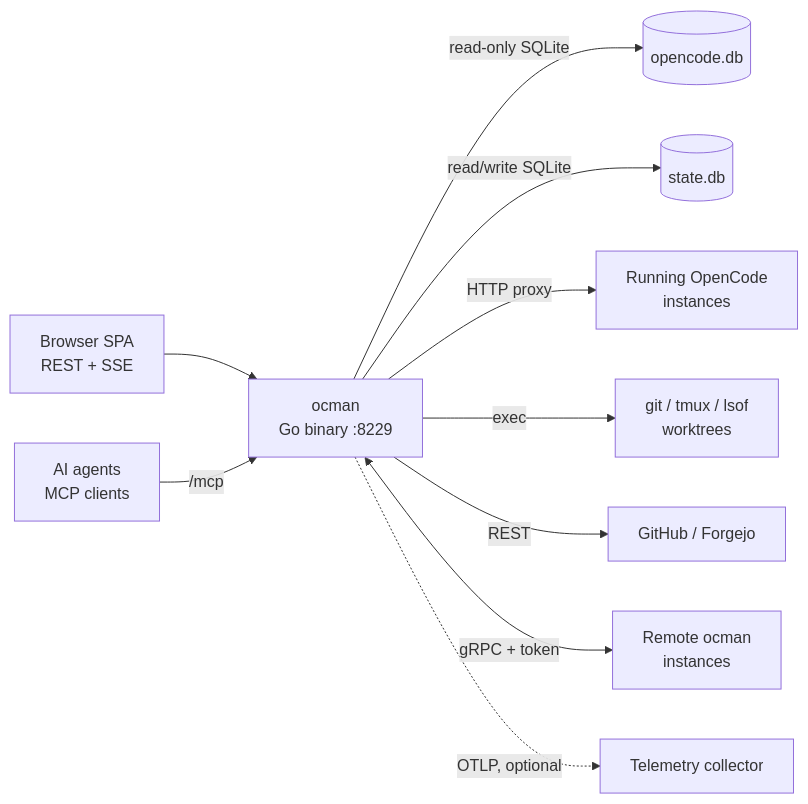
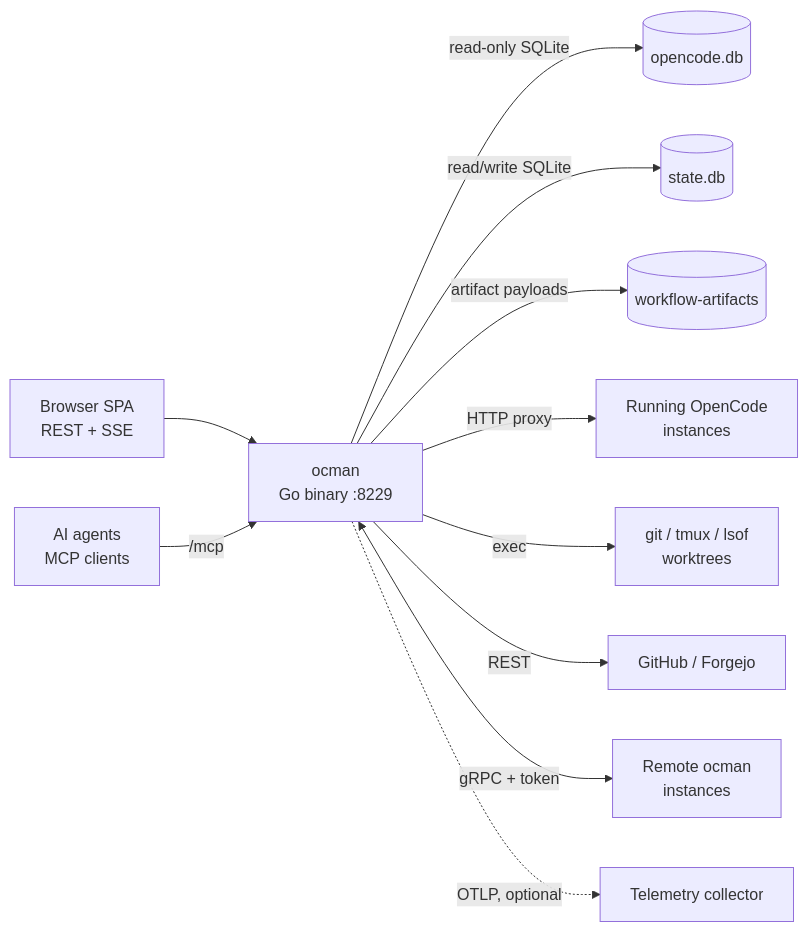
One commit to ocman/ocman changed the first of 4 diagrams in docs/architecture.md. Above: the diagram before and after it, drawn with Mermaid. The commit also changed other lines of this file and 10 other files, not shown here.

````diff
--- a/docs/architecture.md
+++ b/docs/architecture.md
@@ -15,12 +15,13 @@
 ```mermaid
 flowchart LR
     Browser[Browser SPA<br/>REST + SSE] --> Ocman[ocman<br/>Go binary :8229]
     Agent[AI agents<br/>MCP clients] -->|/mcp| Ocman
     Ocman -->|read-only SQLite| OCDB[(opencode.db)]
     Ocman -->|read/write SQLite| StateDB[(state.db)]
+    Ocman -->|artifact payloads| Blobs[(workflow-artifacts)]
     Ocman -->|HTTP proxy| OCInst[Running OpenCode<br/>instances]
     Ocman -->|exec| Shell[git / tmux / lsof<br/>worktrees]
     Ocman -->|REST| Forges[GitHub / Forgejo]
     Ocman <-->|gRPC + token| Remotes[Remote ocman<br/>instances]
     Ocman -.->|OTLP, optional| Otel[Telemetry collector]
 ```
````
